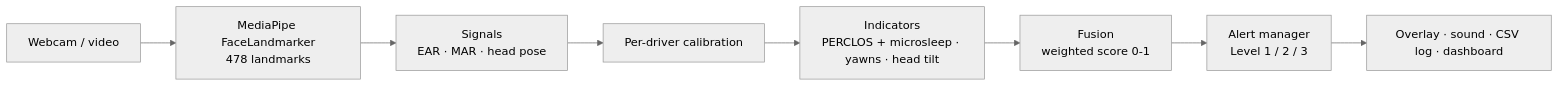
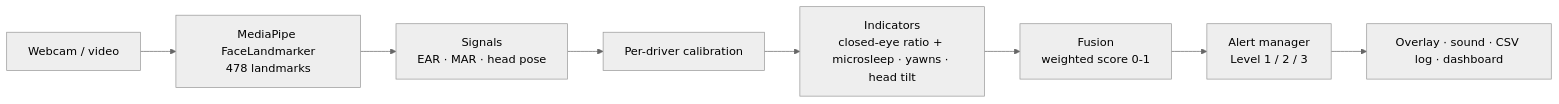
One commit to yagnangg333/Driver-Drowsiness-Detection changed the diagram in README.md. Above: the diagram before and after it, drawn with Mermaid (neutral theme). The commit also changed other lines of this file and 24 other files, not shown here.

````diff
--- a/README.md
+++ b/README.md
@@ -19,10 +22,10 @@
 ```mermaid
 flowchart LR
     A[Webcam / video] --> B[MediaPipe FaceLandmarker<br/>478 landmarks]
     B --> C[Signals<br/>EAR · MAR · head pose]
     C --> K[Per-driver calibration]
-    K --> D[Indicators<br/>PERCLOS + microsleep · yawns · head tilt]
+    K --> D[Indicators<br/>closed-eye ratio + microsleep · yawns · head tilt]
     D --> E[Fusion<br/>weighted score 0-1]
     E --> F[Alert manager<br/>Level 1 / 2 / 3]
     F --> G[Overlay · sound · CSV log · dashboard]
 ```
````
